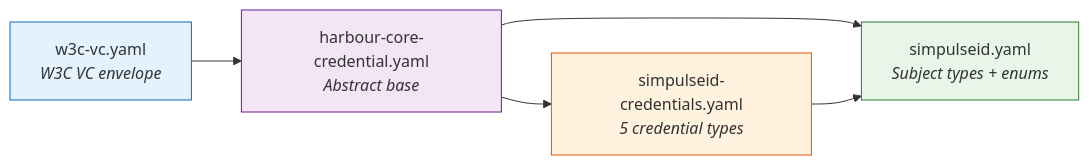
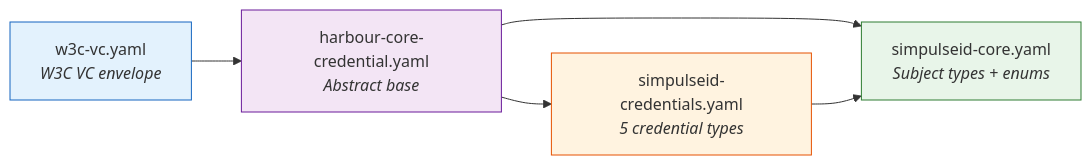
The first of 4 diagrams in docs/reference/credential-model.md (ASCS-eV/simpulse-id-credentials), drawn with Mermaid before and after one commit. The commit also changed other lines of this file and 47 other files, not shown here.

````diff
--- a/docs/reference/credential-model.md
+++ b/docs/reference/credential-model.md
@@ -19,17 +19,17 @@
 ```mermaid
 graph LR
     W["w3c-vc.yaml<br/><i>W3C VC envelope</i>"]
     H["harbour-core-credential.yaml<br/><i>Abstract base</i>"]
     SC["simpulseid-credentials.yaml<br/><i>5 credential types</i>"]
-    S["simpulseid.yaml<br/><i>Subject types + enums</i>"]
+    S["simpulseid-core.yaml<br/><i>Subject types + enums</i>"]
 
     W --> H
     H --> SC
     H --> S
     SC --> S
 
     style W fill:#e3f2fd,stroke:#1565c0
     style H fill:#f3e5f5,stroke:#6a1b9a
     style SC fill:#fff3e0,stroke:#e65100
     style S fill:#e8f5e9,stroke:#2e7d32
 ```
````
